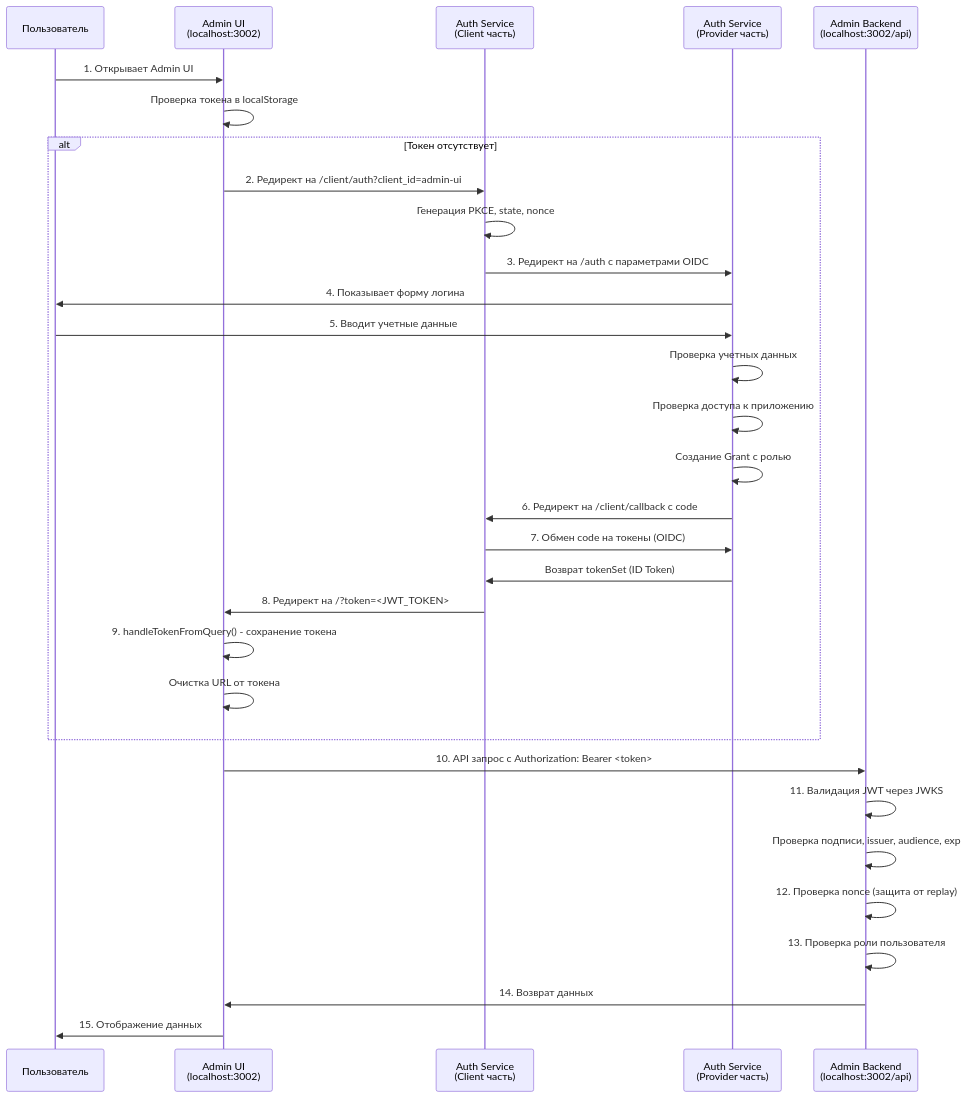
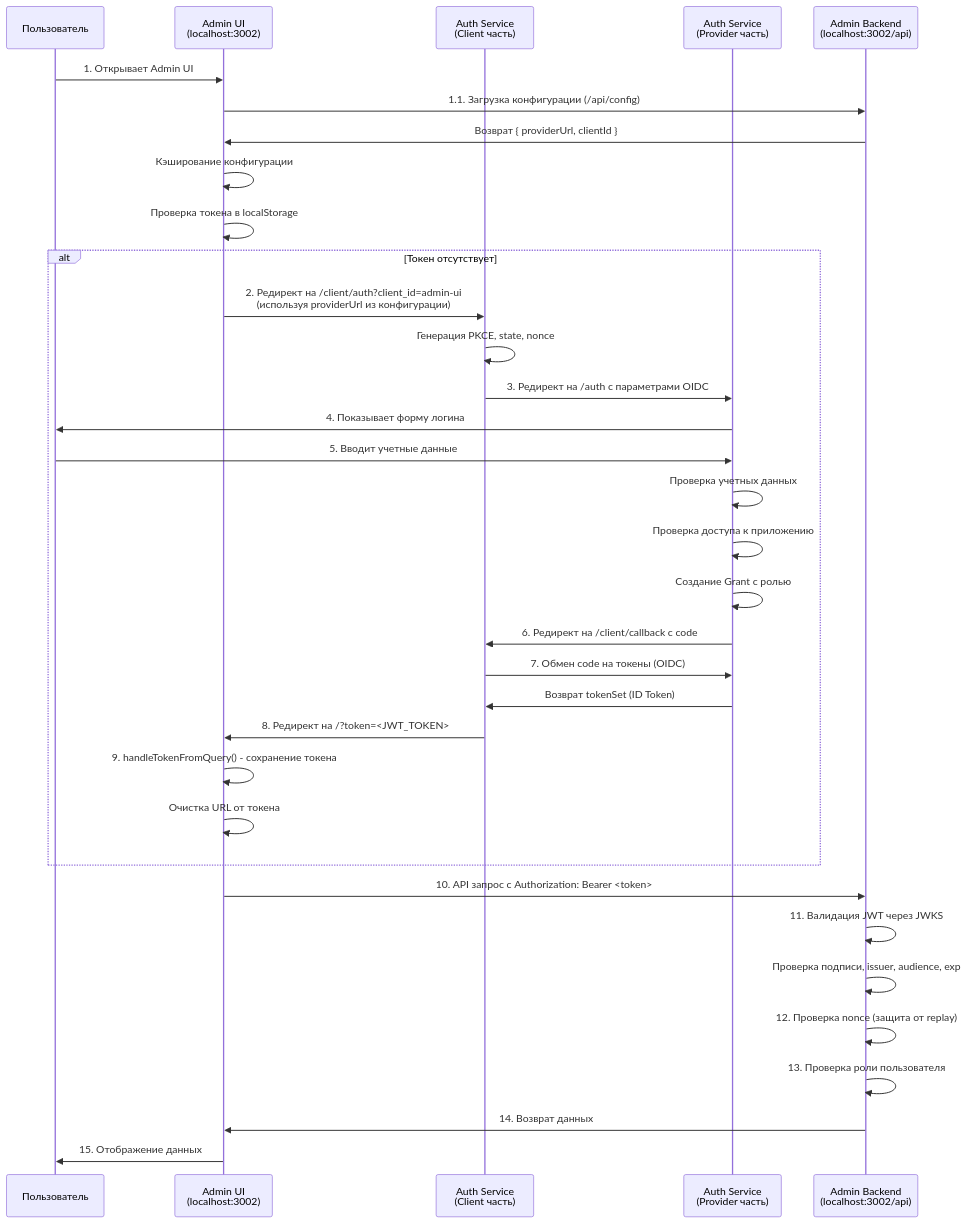
One commit to antirek/openid-connect-demo changed the first of 2 diagrams in docs/AUTH_CONCEPT.md. Above: the diagram before and after it, drawn with Mermaid. The commit also changed other lines of this file and 7 other files, not shown here.

````diff
--- a/docs/AUTH_CONCEPT.md
+++ b/docs/AUTH_CONCEPT.md
@@ -352,35 +384,38 @@
 ```mermaid
 sequenceDiagram
     participant User as Пользователь
     participant UI as Admin UI<br/>(localhost:3002)
     participant Client as Auth Service<br/>(Client часть)
     participant Provider as Auth Service<br/>(Provider часть)
     participant Backend as Admin Backend<br/>(localhost:3002/api)
 
     User->>UI: 1. Открывает Admin UI
+    UI->>Backend: 1.1. Загрузка конфигурации (/api/config)
+    Backend->>UI: Возврат { providerUrl, clientId }
+    UI->>UI: Кэширование конфигурации
     UI->>UI: Проверка токена в localStorage
     alt Токен отсутствует
-        UI->>Client: 2. Редирект на /client/auth?client_id=admin-ui
+        UI->>Client: 2. Редирект на /client/auth?client_id=admin-ui<br/>(используя providerUrl из конфигурации)
         Client->>Client: Генерация PKCE, state, nonce
         Client->>Provider: 3. Редирект на /auth с параметрами OIDC
         Provider->>User: 4. Показывает форму логина
         User->>Provider: 5. Вводит учетные данные
         Provider->>Provider: Проверка учетных данных
         Provider->>Provider: Проверка доступа к приложению
         Provider->>Provider: Создание Grant с ролью
         Provider->>Client: 6. Редирект на /client/callback с code
         Client->>Provider: 7. Обмен code на токены (OIDC)
         Provider->>Client: Возврат tokenSet (ID Token)
         Client->>UI: 8. Редирект на /?token=<JWT_TOKEN>
         UI->>UI: 9. handleTokenFromQuery() - сохранение токена
         UI->>UI: Очистка URL от токена
     end
     
     UI->>Backend: 10. API запрос с Authorization: Bearer <token>
     Backend->>Backend: 11. Валидация JWT через JWKS
     Backend->>Backend: Проверка подписи, issuer, audience, exp
     Backend->>Backend: 12. Проверка nonce (защита от replay)
     Backend->>Backend: 13. Проверка роли пользователя
     Backend->>UI: 14. Возврат данных
     UI->>User: 15. Отображение данных
 ```
````
